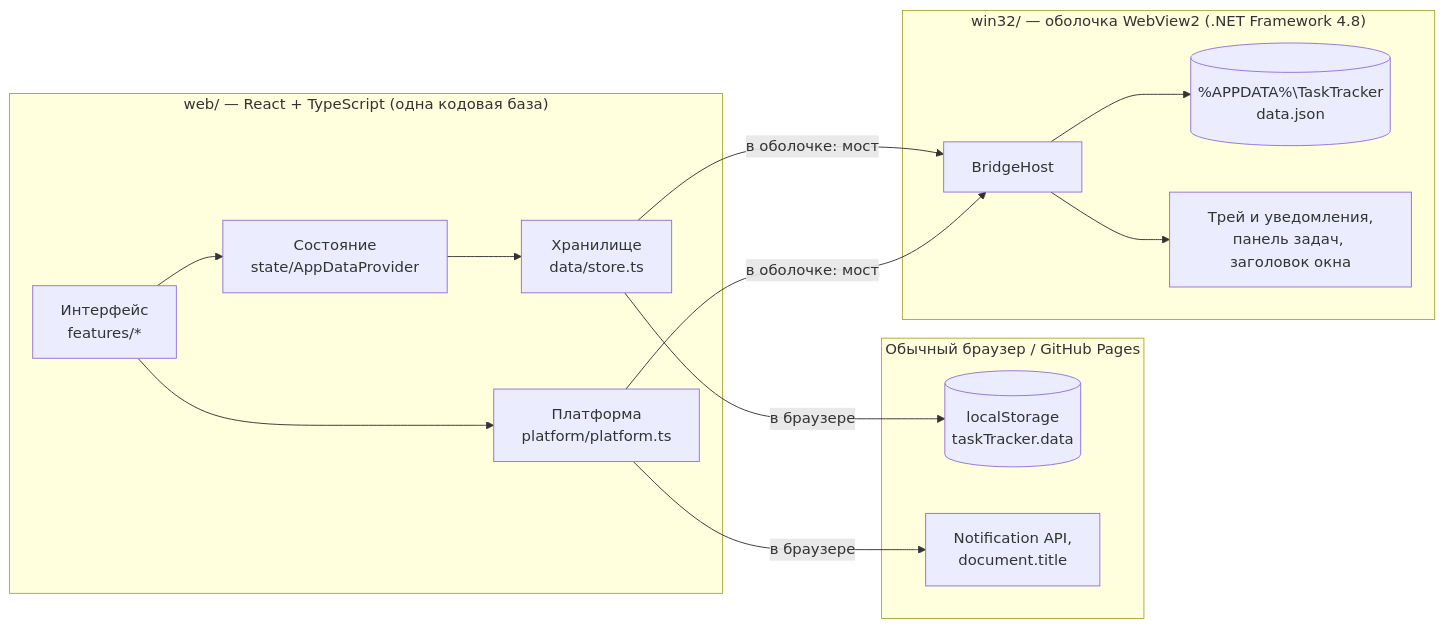
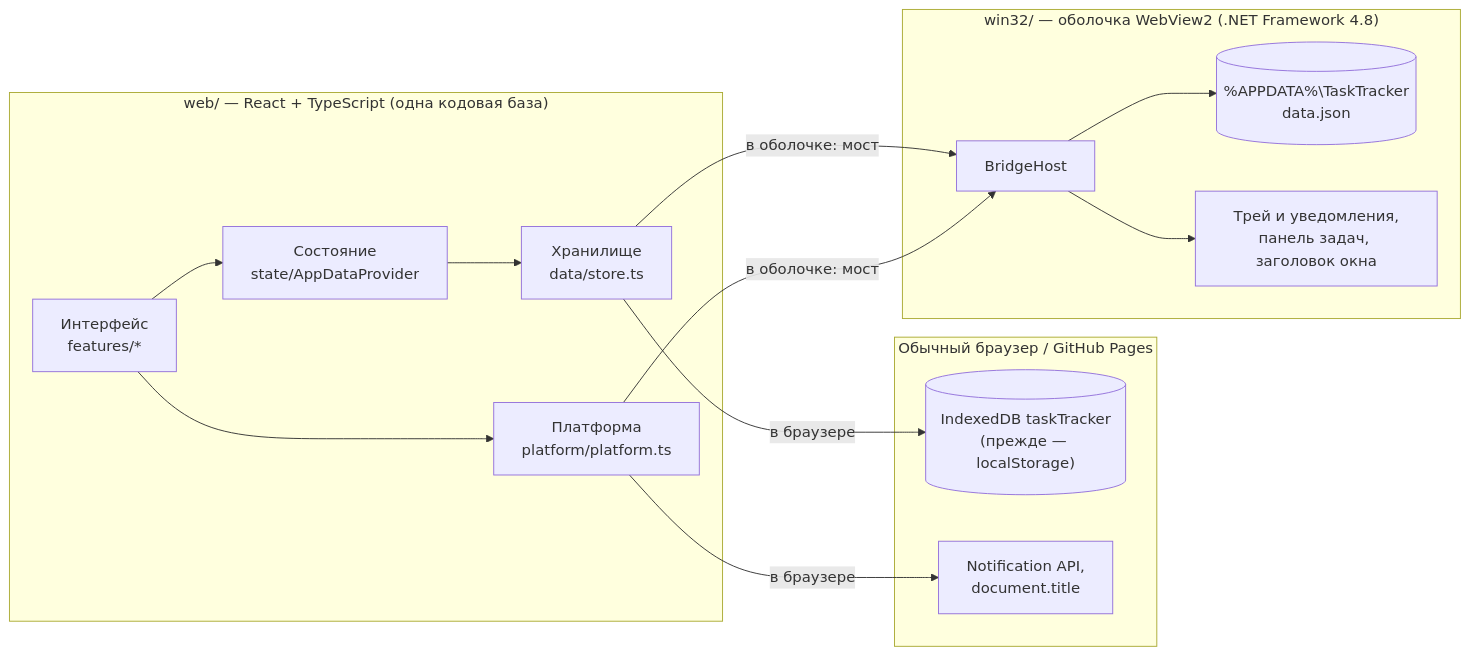
One commit to Theleriz/TaskBoot changed the first of 2 diagrams in docs/architecture.md. Above: the diagram before and after it, drawn with Mermaid. The commit also changed other lines of this file and 21 other files, not shown here.

First line of the commit message:
Schema 2 and IndexedDB storage (phase 1.1)

````diff
--- a/docs/architecture.md
+++ b/docs/architecture.md
@@ -7,23 +7,23 @@
 ```mermaid
 flowchart LR
   subgraph Web["web/ — React + TypeScript (одна кодовая база)"]
     UI["Интерфейс<br/>features/*"] --> State["Состояние<br/>state/AppDataProvider"]
     UI --> Platform["Платформа<br/>platform/platform.ts"]
     State --> Store["Хранилище<br/>data/store.ts"]
   end
 
   subgraph Browser["Обычный браузер / GitHub Pages"]
-    LS[("localStorage<br/>taskTracker.data")]
+    LS[("IndexedDB taskTracker<br/>(прежде — localStorage)")]
     NotifAPI["Notification API,<br/>document.title"]
   end
 
   subgraph Shell["win32/ — оболочка WebView2 (.NET Framework 4.8)"]
     Bridge["BridgeHost"] --> File[("%APPDATA%\TaskTracker<br/>data.json")]
     Bridge --> Win["Трей и уведомления,<br/>панель задач, заголовок окна"]
   end
 
   Store -- "в браузере" --> LS
   Platform -- "в браузере" --> NotifAPI
   Store -- "в оболочке: мост" --> Bridge
   Platform -- "в оболочке: мост" --> Bridge
 ```
````
